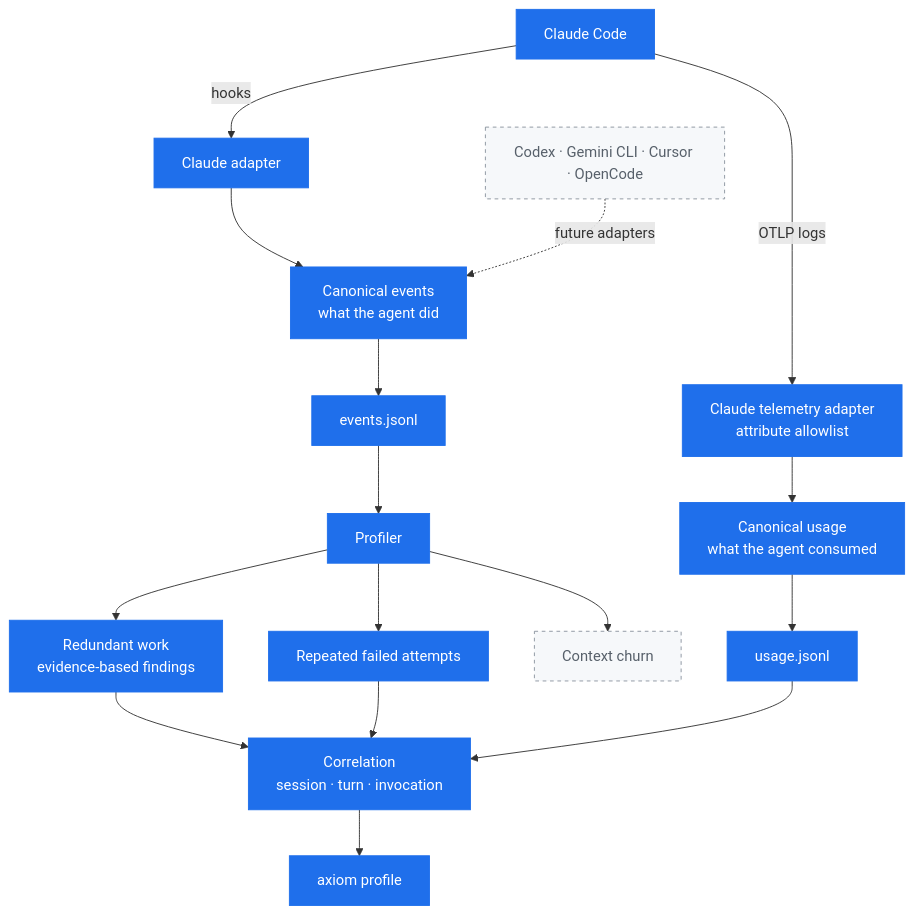
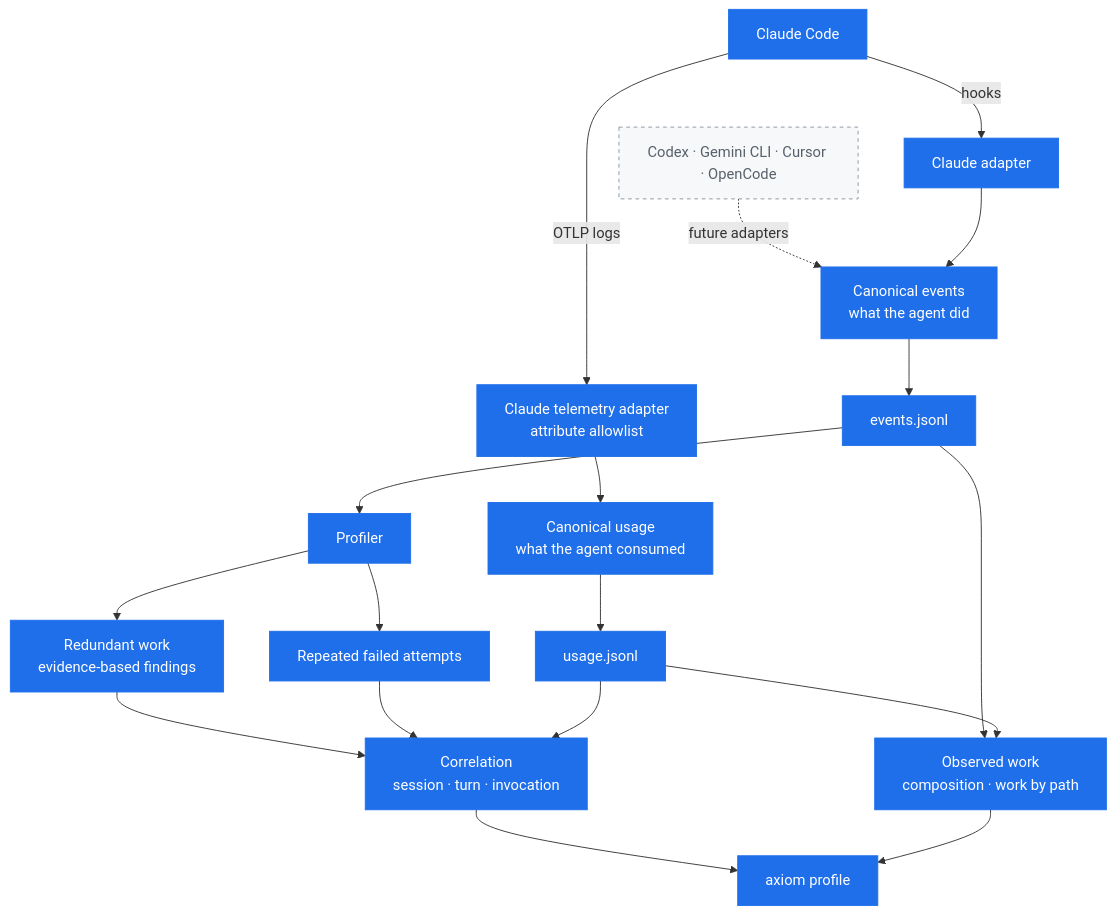
One commit to exequieldeferrari/axiom changed the first of 2 diagrams in README.md. Above: the diagram before and after it, drawn with Mermaid. The commit also changed other lines of this file and 13 other files, not shown here.

````diff
--- a/README.md
+++ b/README.md
@@ -59,25 +63,27 @@
 ```mermaid
 flowchart TD
     Claude["Claude Code"] -->|hooks| Adapter["Claude adapter"]
     Claude -->|OTLP logs| Telemetry["Claude telemetry adapter<br/>attribute allowlist"]
     Future["Codex · Gemini CLI · Cursor · OpenCode"] -.->|future adapters| Events
 
     Adapter --> Events["Canonical events<br/>what the agent did"]
     Telemetry --> Usage["Canonical usage<br/>what the agent consumed"]
     Events --> EventLog["events.jsonl"]
     Usage --> UsageLog["usage.jsonl"]
 
+    EventLog --> Activity["Observed work<br/>composition · work by path"]
     EventLog --> Profiler["Profiler"]
     Profiler --> Redundant["Redundant work<br/>evidence-based findings"]
     Profiler --> Failures["Repeated failed attempts"]
-    Profiler --> Churn["Context churn"]
     Redundant --> Correlate["Correlation<br/>session · turn · invocation"]
     Failures --> Correlate
     UsageLog --> Correlate
     Correlate --> CLI["axiom profile"]
+    Activity --> CLI
+    UsageLog --> Activity
 
     classDef built fill:#1f6feb,stroke:#1f6feb,color:#ffffff
     classDef planned fill:#f6f8fa,stroke:#8b949e,color:#57606a,stroke-dasharray:4 4
-    class Claude,Adapter,Telemetry,Events,Usage,EventLog,UsageLog,Profiler,Redundant,Failures,Correlate,CLI built
-    class Future,Churn planned
+    class Claude,Adapter,Telemetry,Events,Usage,EventLog,UsageLog,Activity,Profiler,Redundant,Failures,Correlate,CLI built
+    class Future planned
 ```
````
